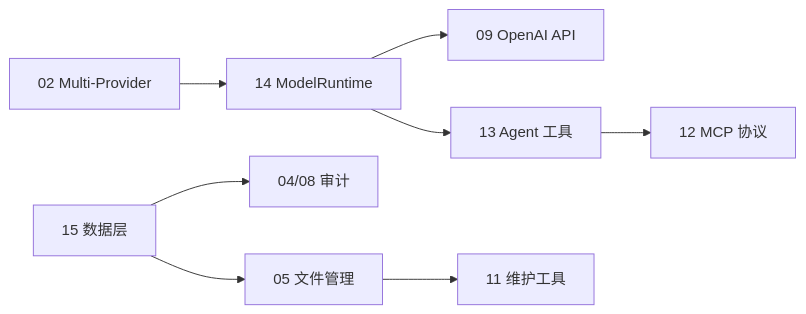
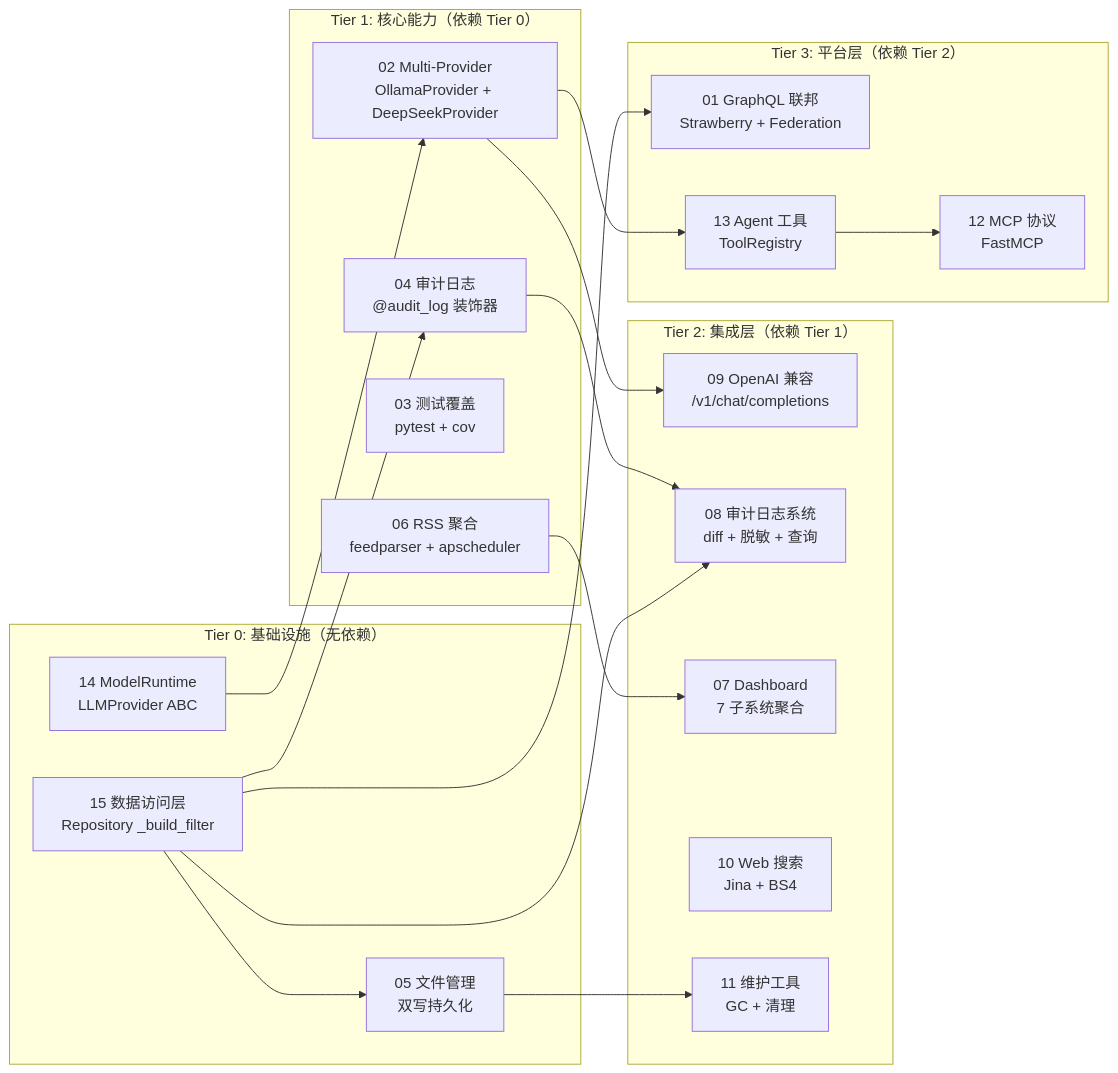
Before and after one commit to effiy/YrY: the second of 3 diagrams in YiKnowledge/projects/yiai/devs/2026-08/00-prd-task-00-需求总览.md, drawn with Mermaid. The commit also changed other lines of this file and 4958 other files, not shown here.

````diff
--- a/YiKnowledge/projects/yiai/devs/2026-08/00-prd-task-00-需求总览.md
+++ b/YiKnowledge/projects/yiai/devs/2026-08/00-prd-task-00-需求总览.md
@@ -85,10 +153,41 @@
 ```mermaid
 flowchart LR
-  MP["02 Multi-Provider"] --> MR["14 ModelRuntime"]
-  MR --> OA["09 OpenAI API"]
-  MR --> AGT["13 Agent 工具"]
-  DAL["15 数据层"] --> AUDIT["04/08 审计"]
-  DAL --> FILE["05 文件管理"]
-  FILE --> MAINT["11 维护工具"]
-  AGT --> MCP["12 MCP 协议"]
+  subgraph TIER0["Tier 0: 基础设施（无依赖）"]
+    DAL["15 数据访问层<br/>Repository _build_filter"]
+    MR["14 ModelRuntime<br/>LLMProvider ABC"]
+    FILE["05 文件管理<br/>双写持久化"]
+  end
+
+  subgraph TIER1["Tier 1: 核心能力（依赖 Tier 0）"]
+    MP["02 Multi-Provider<br/>OllamaProvider + DeepSeekProvider"]
+    AUDIT04["04 审计日志<br/>@audit_log 装饰器"]
+    TEST["03 测试覆盖<br/>pytest + cov"]
+    RSS["06 RSS 聚合<br/>feedparser + apscheduler"]
+  end
+
+  subgraph TIER2["Tier 2: 集成层（依赖 Tier 1）"]
+    OA["09 OpenAI 兼容<br/>/v1/chat/completions"]
+    AUDIT08["08 审计日志系统<br/>diff + 脱敏 + 查询"]
+    DASH["07 Dashboard<br/>7 子系统聚合"]
+    WS["10 Web 搜索<br/>Jina + BS4"]
+    MAINT["11 维护工具<br/>GC + 清理"]
+  end
+
+  subgraph TIER3["Tier 3: 平台层（依赖 Tier 2）"]
+    GQL["01 GraphQL 联邦<br/>Strawberry + Federation"]
+    AGT["13 Agent 工具<br/>ToolRegistry"]
+    MCP["12 MCP 协议<br/>FastMCP"]
+  end
+
+  DAL --> AUDIT04
+  DAL --> FILE
+  DAL --> AUDIT08
+  MR --> MP
+  MP --> OA
+  MP --> AGT
+  AUDIT04 --> AUDIT08
+  FILE --> MAINT
+  RSS --> DASH
+  DAL --> GQL
+  AGT --> MCP
 ```
````
